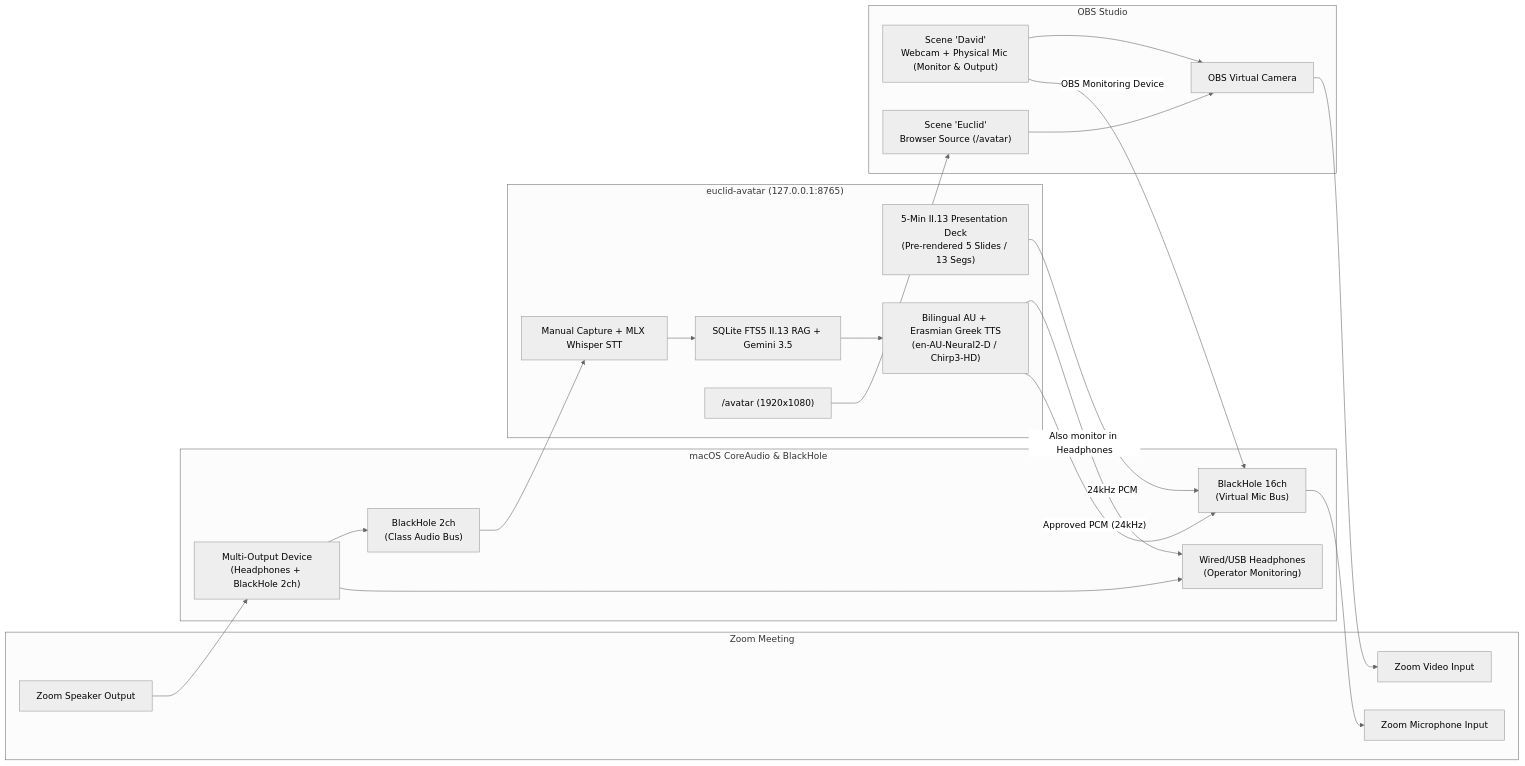
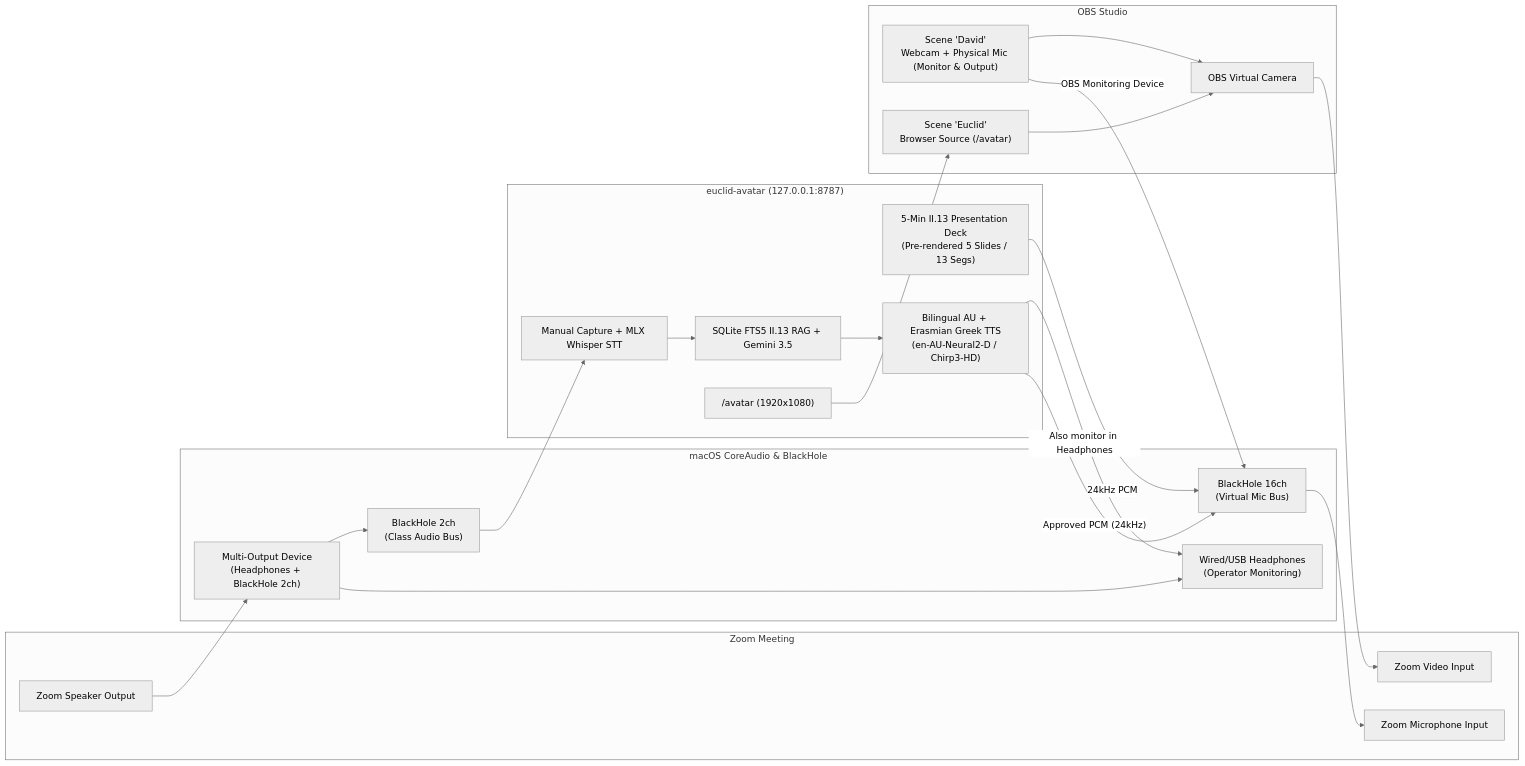
One commit to wihl/euclid-avatar changed the diagram in README.md. Above: the diagram before and after it, drawn with Mermaid (neutral theme). The commit also changed other lines of this file and 4 other files, not shown here.

````diff
--- a/README.md
+++ b/README.md
@@ -76,44 +76,44 @@
 ```mermaid
 flowchart LR
   subgraph ZoomCall["Zoom Meeting"]
     ZOut["Zoom Speaker Output"]
     ZMic["Zoom Microphone Input"]
     ZCam["Zoom Video Input"]
   end
 
   subgraph macOSAudio["macOS CoreAudio & BlackHole"]
     MOD["Multi-Output Device<br/>(Headphones + BlackHole 2ch)"]
     HP["Wired/USB Headphones<br/>(Operator Monitoring)"]
     BH2["BlackHole 2ch<br/>(Class Audio Bus)"]
     BH16["BlackHole 16ch<br/>(Virtual Mic Bus)"]
   end
 
-  subgraph Pipeline["euclid-avatar (127.0.0.1:8765)"]
+  subgraph Pipeline["euclid-avatar (127.0.0.1:8787)"]
     Pres["5-Min II.13 Presentation Deck<br/>(Pre-rendered 5 Slides / 13 Segs)"]
     Cap["Manual Capture + MLX Whisper STT"]
     RAG["SQLite FTS5 II.13 RAG + Gemini 3.5"]
     TTS["Bilingual AU + Erasmian Greek TTS<br/>(en-AU-Neural2-D / Chirp3-HD)"]
     AvatarUI["/avatar (1920x1080)"]
   end
 
   subgraph OBS["OBS Studio"]
     SceneD["Scene 'David'<br/>Webcam + Physical Mic (Monitor & Output)"]
     SceneE["Scene 'Euclid'<br/>Browser Source (/avatar)"]
     VCam["OBS Virtual Camera"]
   end
 
   ZOut --> MOD
   MOD --> HP
   MOD --> BH2
   BH2 --> Cap
   Cap --> RAG --> TTS
   Pres -- "24kHz PCM" --> BH16
   TTS -- "Approved PCM (24kHz)" --> BH16
   TTS -- "Also monitor in Headphones" --> HP
   SceneD -- "OBS Monitoring Device" --> BH16
   AvatarUI --> SceneE
   SceneD --> VCam
   SceneE --> VCam
   VCam --> ZCam
   BH16 --> ZMic
 ```
````
